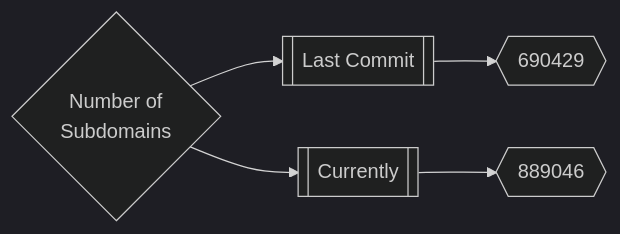
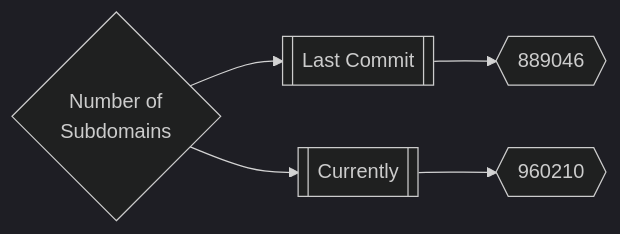
Before and after one commit to trickest/inventory: the first of 3 diagrams in README.md, drawn with Mermaid (dark theme). The commit also changed other lines of this file and 139 other files, not shown here.

````diff
--- a/README.md
+++ b/README.md
@@ -165,5 +165,5 @@
 ```mermaid
 graph LR
-title{Number of<br>Subdomains} --> subdomainsDate1[[Last Commit]] --> subdomainsNum1{{690429}}
-title --> subdomainsDate2[[Currently]] --> subdomainsNum2{{889046}}
+title{Number of<br>Subdomains} --> subdomainsDate1[[Last Commit]] --> subdomainsNum1{{889046}}
+title --> subdomainsDate2[[Currently]] --> subdomainsNum2{{960210}}
 ```
````
